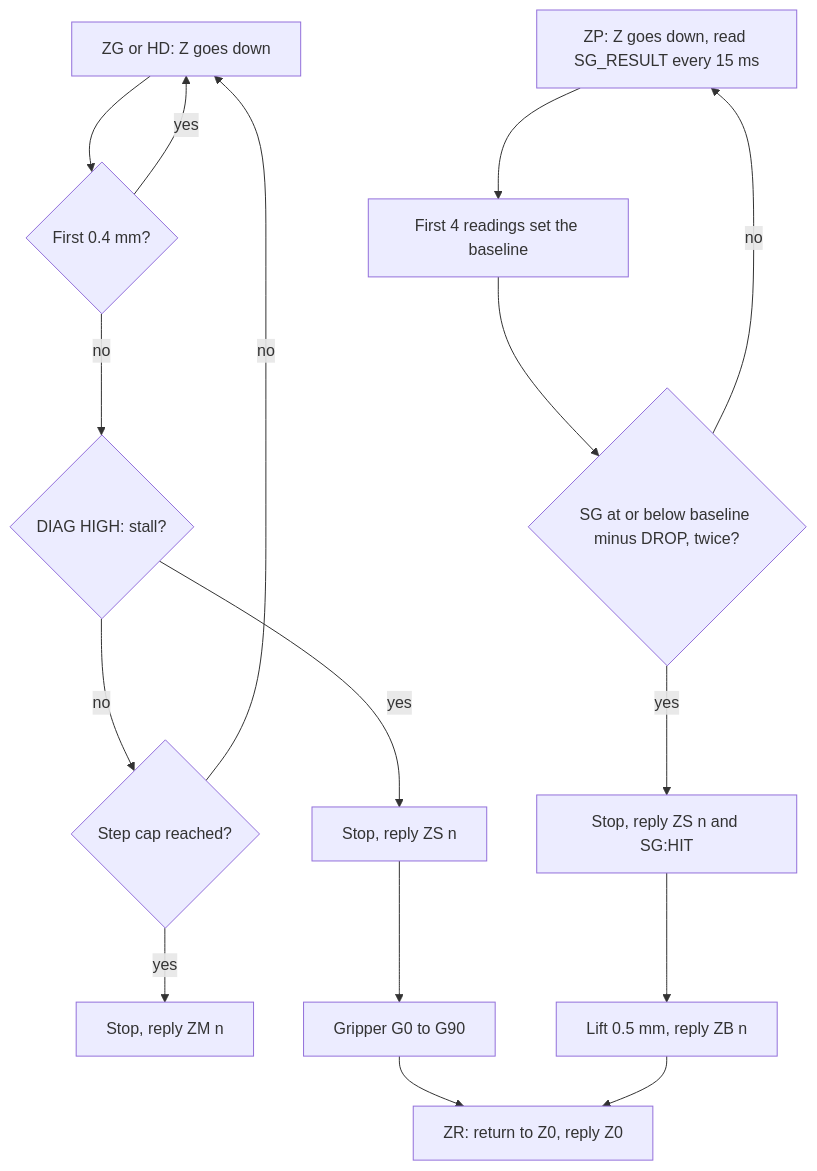
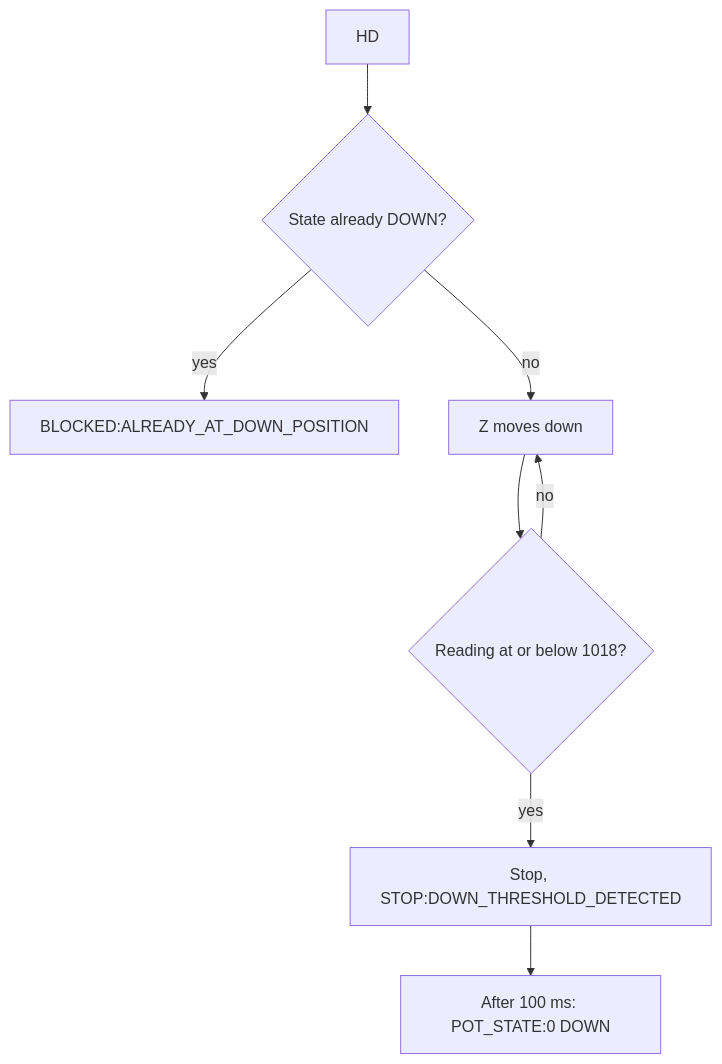
The second of 2 diagrams in README.md (Aarav-111/Humanoid-Operating-System), drawn with Mermaid before and after one commit. The commit also changed other lines of this file, not shown here.

Commit message:
README: hardware and electronics guide for Shell-x v0.20 (A4988 Z, binary pot on A0)

````diff
--- a/README.md
+++ b/README.md
@@ -406,18 +450,10 @@
 ```mermaid
 flowchart TD
-    A["ZG or HD: Z goes down"] --> B{"First 0.4 mm?"}
-    B -- yes --> A
-    B -- no --> C{"DIAG HIGH: stall?"}
-    C -- no --> D{"Step cap reached?"}
-    D -- no --> A
-    D -- yes --> E["Stop, reply ZM n"]
-    C -- yes --> F["Stop, reply ZS n"]
-    F --> G["Gripper G0 to G90"]
-    G --> H["ZR: return to Z0, reply Z0"]
-    P["ZP: Z goes down, read SG_RESULT every 15 ms"] --> Q["First 4 readings set the baseline"]
-    Q --> R{"SG at or below baseline minus DROP, twice?"}
-    R -- no --> P
-    R -- yes --> S2["Stop, reply ZS n and SG:HIT"]
-    S2 --> T2["Lift 0.5 mm, reply ZB n"]
-    T2 --> H
+    A["HD"] --> B{"State already DOWN?"}
+    B -- yes --> C["BLOCKED:ALREADY_AT_DOWN_POSITION"]
+    B -- no --> D["Z moves down"]
+    D --> E{"Reading at or below 1018?"}
+    E -- no --> D
+    E -- yes --> F["Stop, STOP:DOWN_THRESHOLD_DETECTED"]
+    F --> G["After 100 ms: POT_STATE:0 DOWN"]
 ```
````
